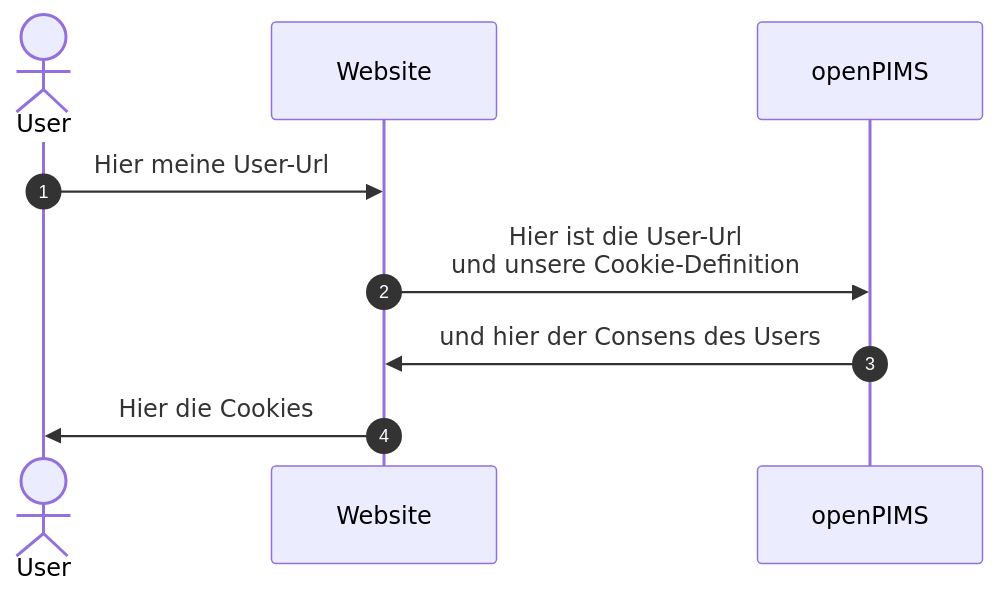
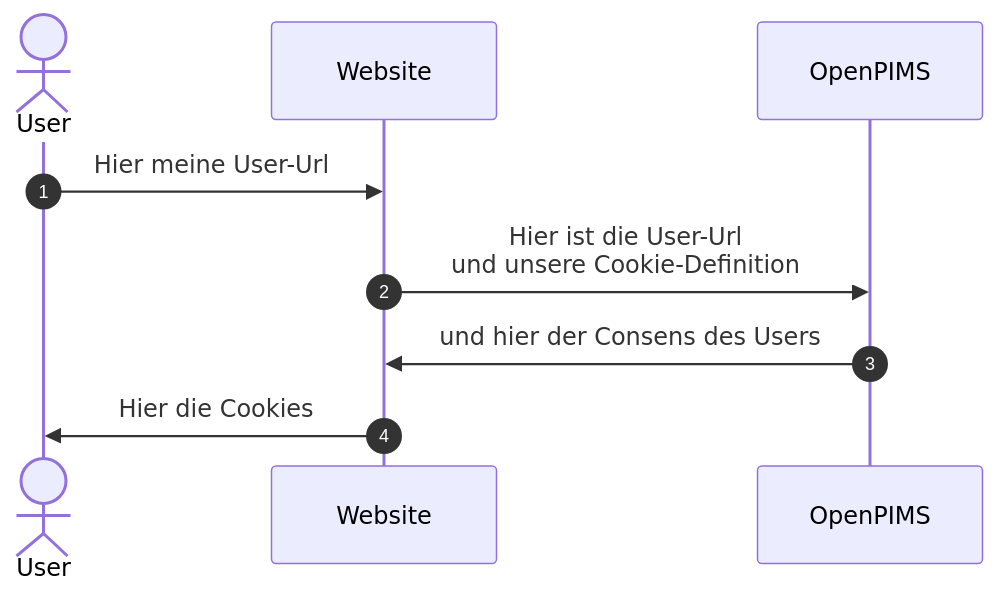
Before and after one commit to openpims/openpims: the third of 3 diagrams in README.md, drawn with Mermaid. The commit also changed other lines of this file and 4 other files, not shown here.

````diff
--- a/README.md
+++ b/README.md
@@ -68,9 +68,9 @@
 ```mermaid
   sequenceDiagram
   autonumber
   actor User
     User->>Website: Hier meine User-Url
-    Website->>openPIMS: Hier ist die User-Url<br>und unsere Cookie-Definition
-    openPIMS->>Website: und hier der Consens des Users
+    Website->>OpenPIMS: Hier ist die User-Url<br>und unsere Cookie-Definition
+    OpenPIMS->>Website: und hier der Consens des Users
     Website->>User: Hier die Cookies
 ```
````
